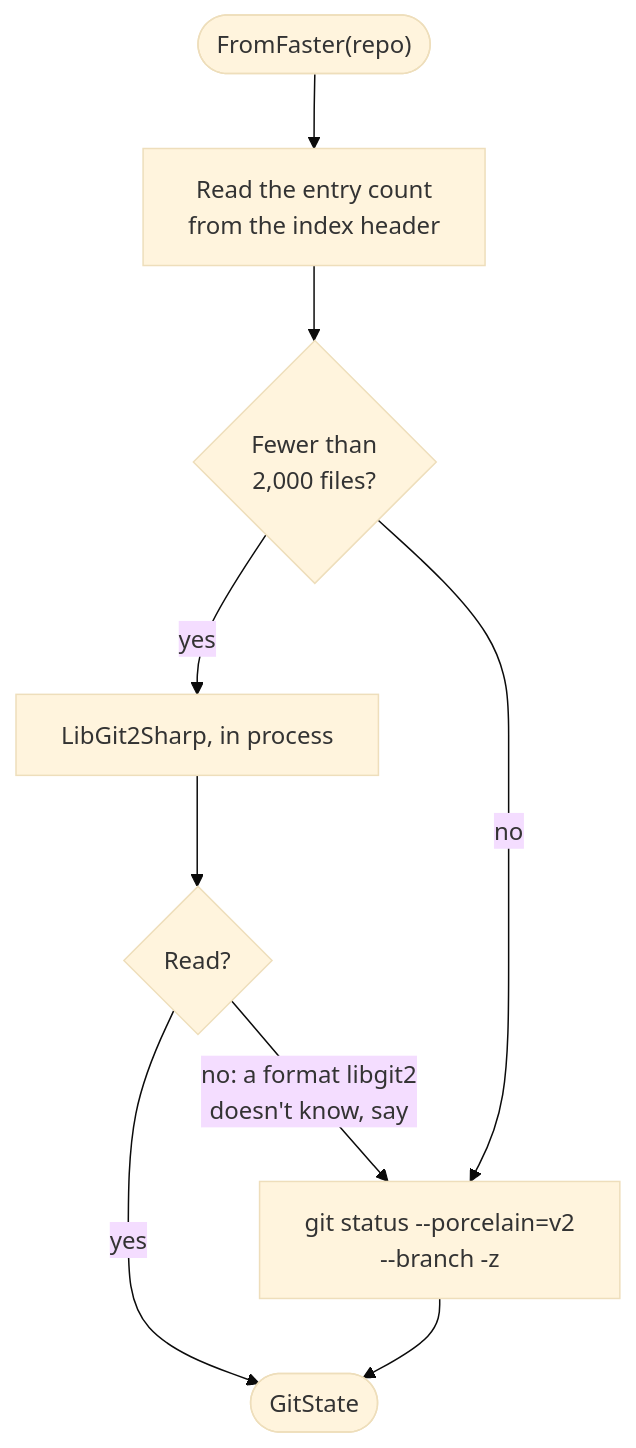
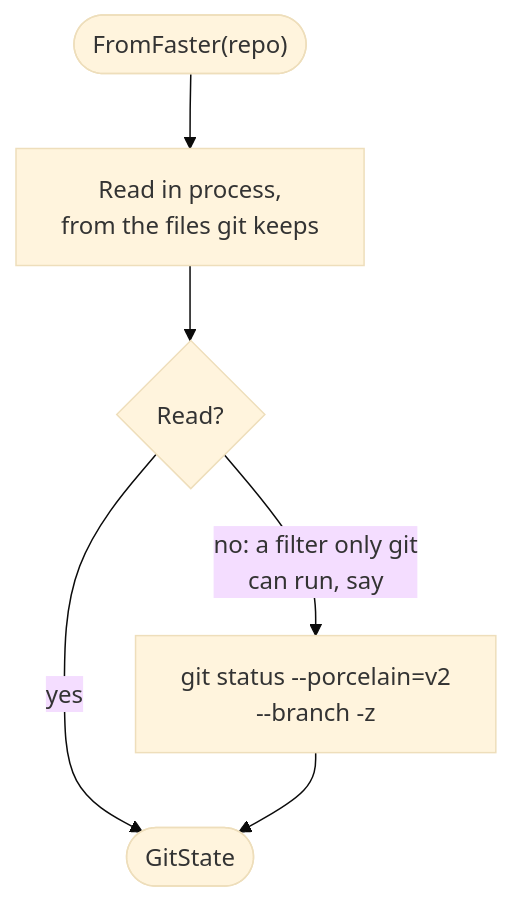
Before and after one commit to SimonCropp/Lode: the second of 6 diagrams in docs/git-status.md, drawn with Mermaid (base theme). The commit also changed other lines of this file and 43 other files, not shown here.

````diff
--- a/docs/git-status.md
+++ b/docs/git-status.md
@@ -65,11 +66,8 @@
 ```mermaid
 flowchart TD
-    Start(["FromFaster(repo)"]) --> Count["Read the entry count<br/>from the index header"]
-    Count --> Small{"Fewer than<br/>2,000 files?"}
-    Small -->|yes| Lib["LibGit2Sharp, in process"]
-    Small -->|no| Git["git status --porcelain=v2<br/>--branch -z"]
-    Lib --> Ok{"Read?"}
+    Start(["FromFaster(repo)"]) --> Read["Read in process,<br/>from the files git keeps"]
+    Read --> Ok{"Read?"}
     Ok -->|yes| Done(["GitState"])
-    Ok -->|"no: a format libgit2<br/>doesn't know, say"| Git
+    Ok -->|"no: a filter only git<br/>can run, say"| Git["git status --porcelain=v2<br/>--branch -z"]
     Git --> Done
 ```
````
